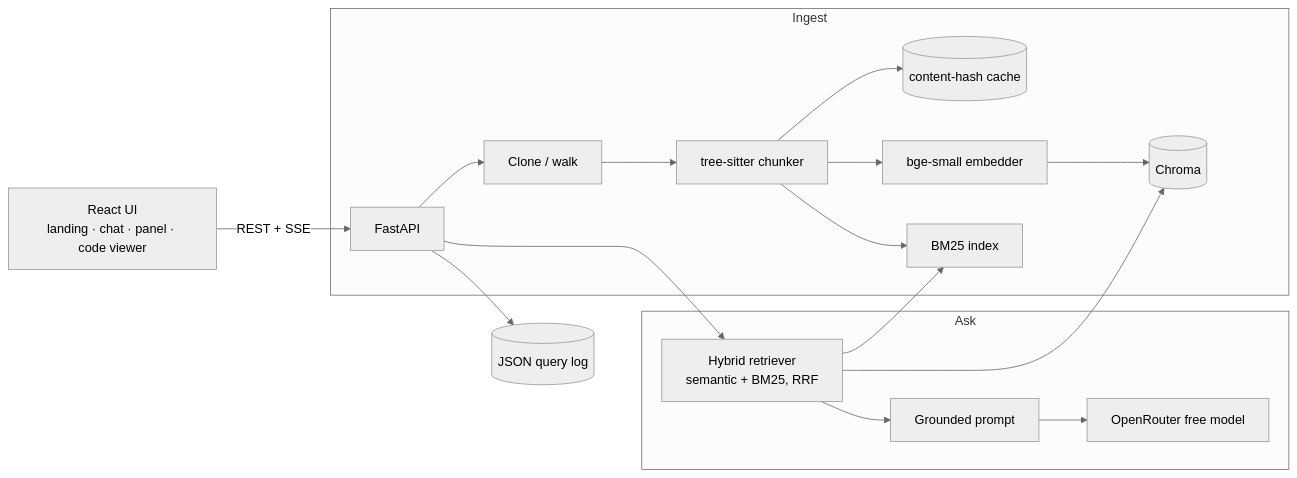
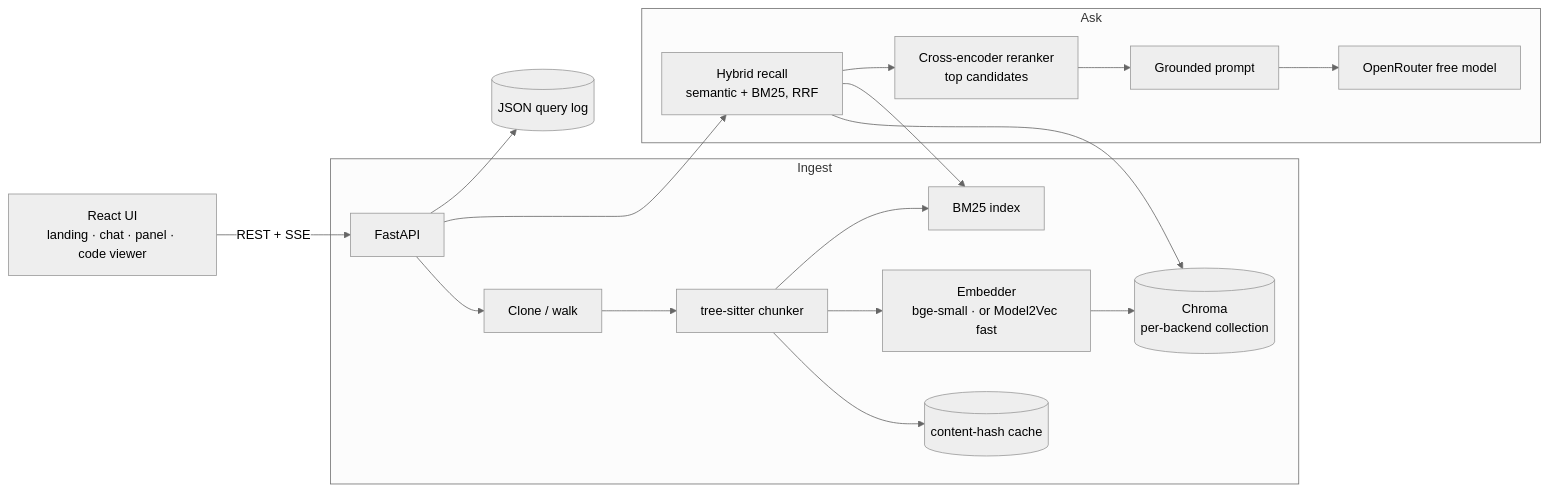
One commit to Gauthambinoy20/Glyph changed the diagram in README.md. Above: the diagram before and after it, drawn with Mermaid (neutral theme). The commit also changed other lines of this file, not shown here.

First line of the commit message:
docs: correct the architecture diagram and CI/CD details, de-dash the README

````diff
--- a/README.md
+++ b/README.md
@@ -97,17 +98,19 @@
 ```mermaid
 graph LR
     UI[React UI<br/>landing · chat · panel · code viewer]
     UI -->|REST + SSE| API[FastAPI]
     subgraph Ingest
       API --> WALK[Clone / walk] --> CHUNK[tree-sitter chunker]
       CHUNK --> CACHE[(content-hash cache)]
-      CHUNK --> EMB[bge-small embedder] --> CH[(Chroma)]
+      CHUNK --> EMB[Embedder<br/>bge-small · or Model2Vec fast] --> CH[(Chroma<br/>per-backend collection)]
       CHUNK --> BM[BM25 index]
     end
     subgraph Ask
-      API --> RET[Hybrid retriever<br/>semantic + BM25, RRF] --> CH
+      API --> RET[Hybrid recall<br/>semantic + BM25, RRF]
+      RET --> CH
       RET --> BM
-      RET --> PR[Grounded prompt] --> LLM[OpenRouter free model]
+      RET --> RR[Cross-encoder reranker<br/>top candidates]
+      RR --> PR[Grounded prompt] --> LLM[OpenRouter free model]
     end
     API --> LOG[(JSON query log)]
 ```
````
